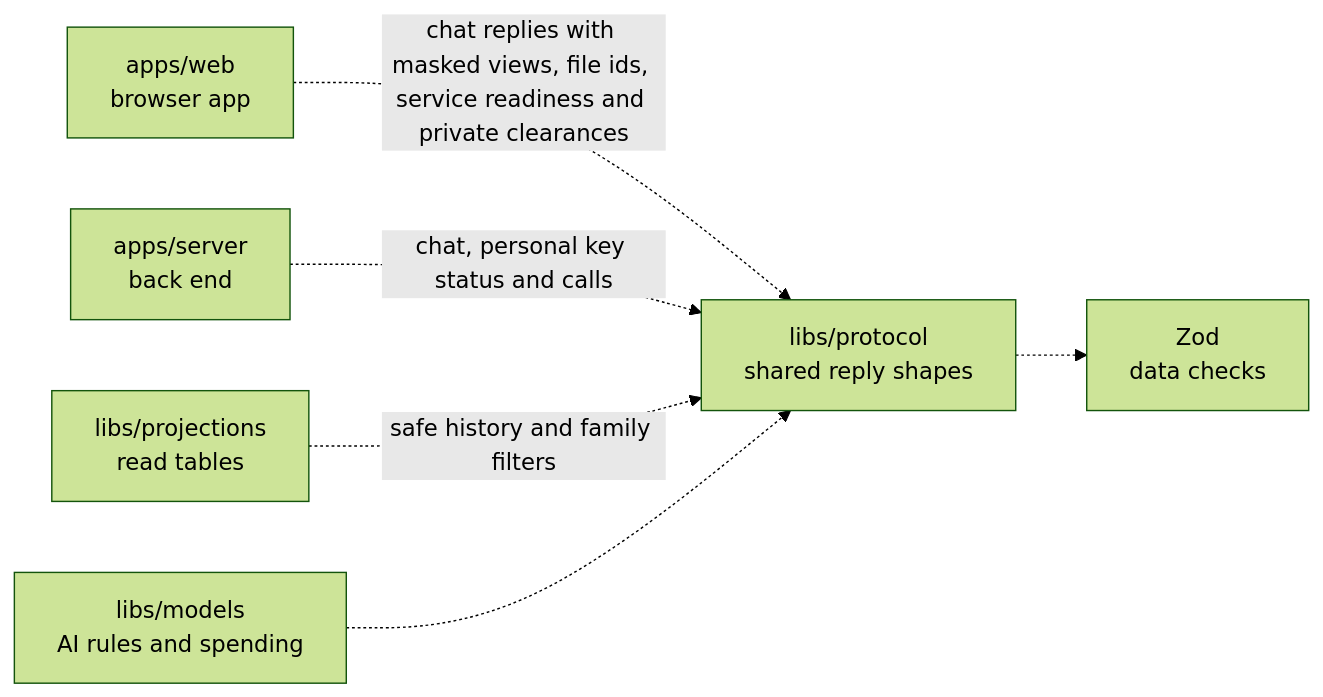
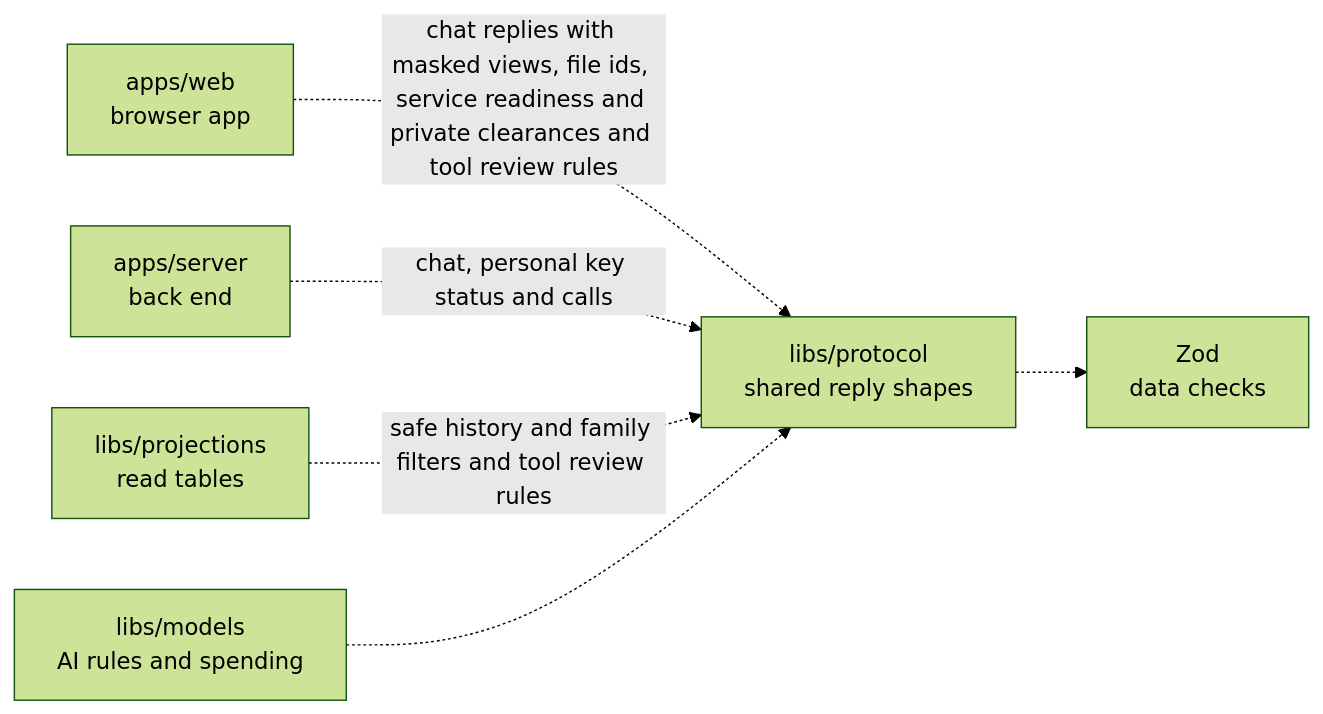
Before and after one commit to elewa-git/opencrane-new: the diagram in libs/protocol/README.md, drawn with Mermaid (forest theme). The commit also changed other lines of this file and 34 other files, not shown here.

Commit message:
🔌 Admit reviewed ordinary tool servers and record cost after replies

````diff
--- a/libs/protocol/README.md
+++ b/libs/protocol/README.md
@@ -53,8 +55,8 @@
 ```mermaid
 flowchart LR
-  web["apps/web<br/>browser app"] -.->|chat replies with masked views, file ids, service readiness and private clearances| protocol["libs/protocol<br/>shared reply shapes"]
+  web["apps/web<br/>browser app"] -.->|chat replies with masked views, file ids, service readiness and private clearances and tool review rules| protocol["libs/protocol<br/>shared reply shapes"]
   server["apps/server<br/>back end"] -.->|chat, personal key status and calls| protocol
-  projections["libs/projections<br/>read tables"] -.->|safe history and family filters| protocol
+  projections["libs/projections<br/>read tables"] -.->|safe history and family filters and tool review rules| protocol
   models["libs/models<br/>AI rules and spending"] -.-> protocol
   protocol -.-> zod["Zod<br/>data checks"]
 ```
````
